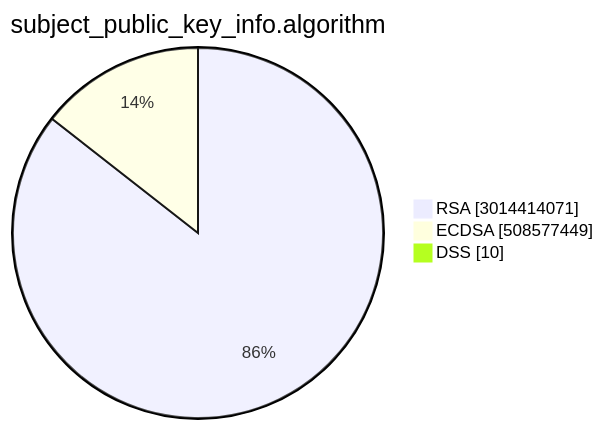
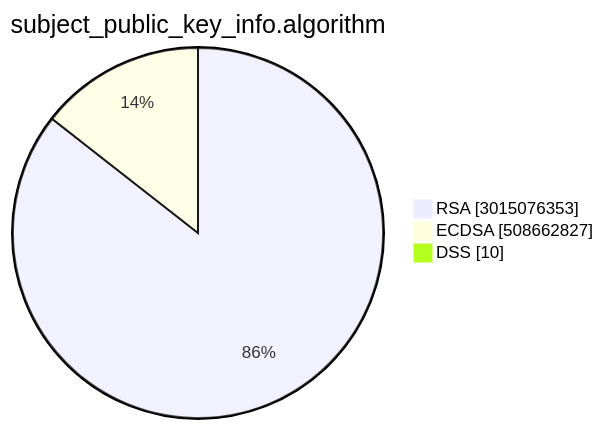
One commit to christiankrug/ctmonitor_visualization changed the second of 15 diagrams in TOTAL/README.md. Above: the diagram before and after it, drawn with Mermaid. The commit also changed other lines of this file, not shown here.

````diff
--- a/TOTAL/README.md
+++ b/TOTAL/README.md
@@ -6,7 +6,7 @@
 ```mermaid
 pie showData
 title subject_public_key_info.algorithm
-"RSA" :3014414071
-"ECDSA" :508577449
+"RSA" :3015076353
+"ECDSA" :508662827
 "DSS" :10
 ```
````
